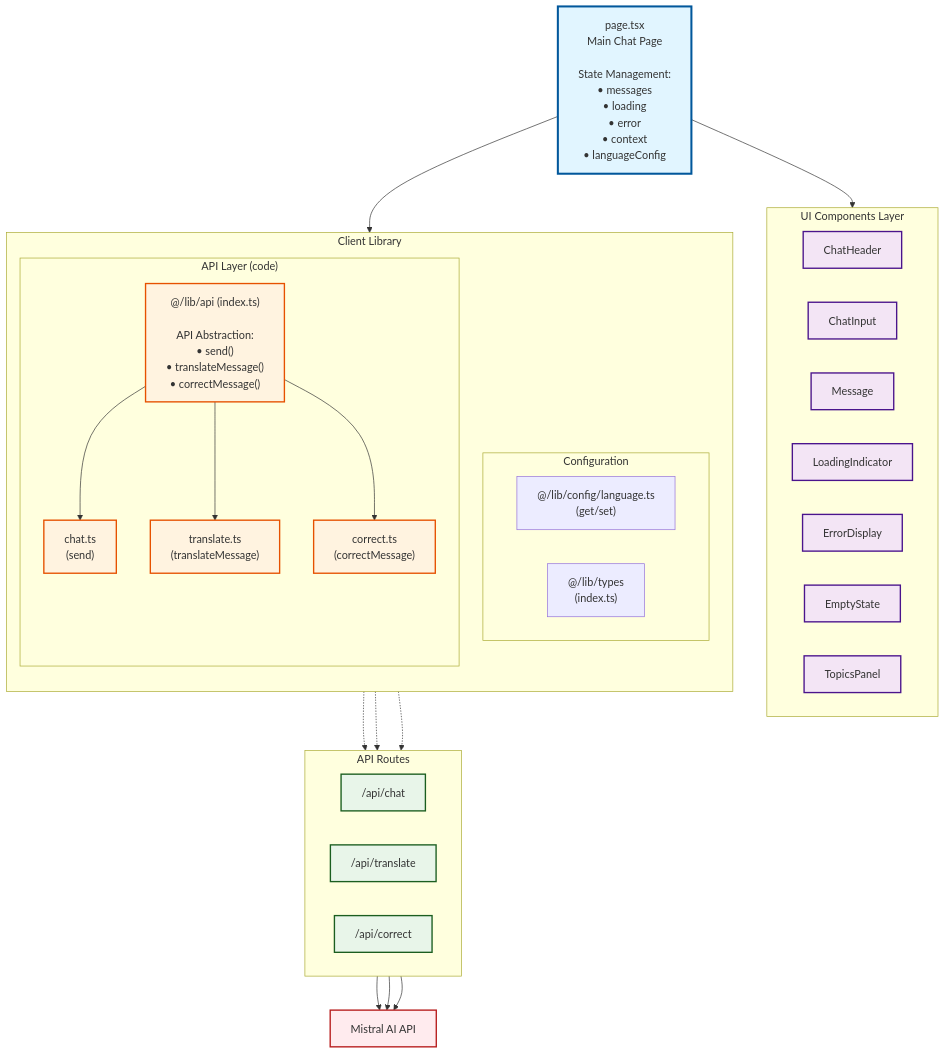
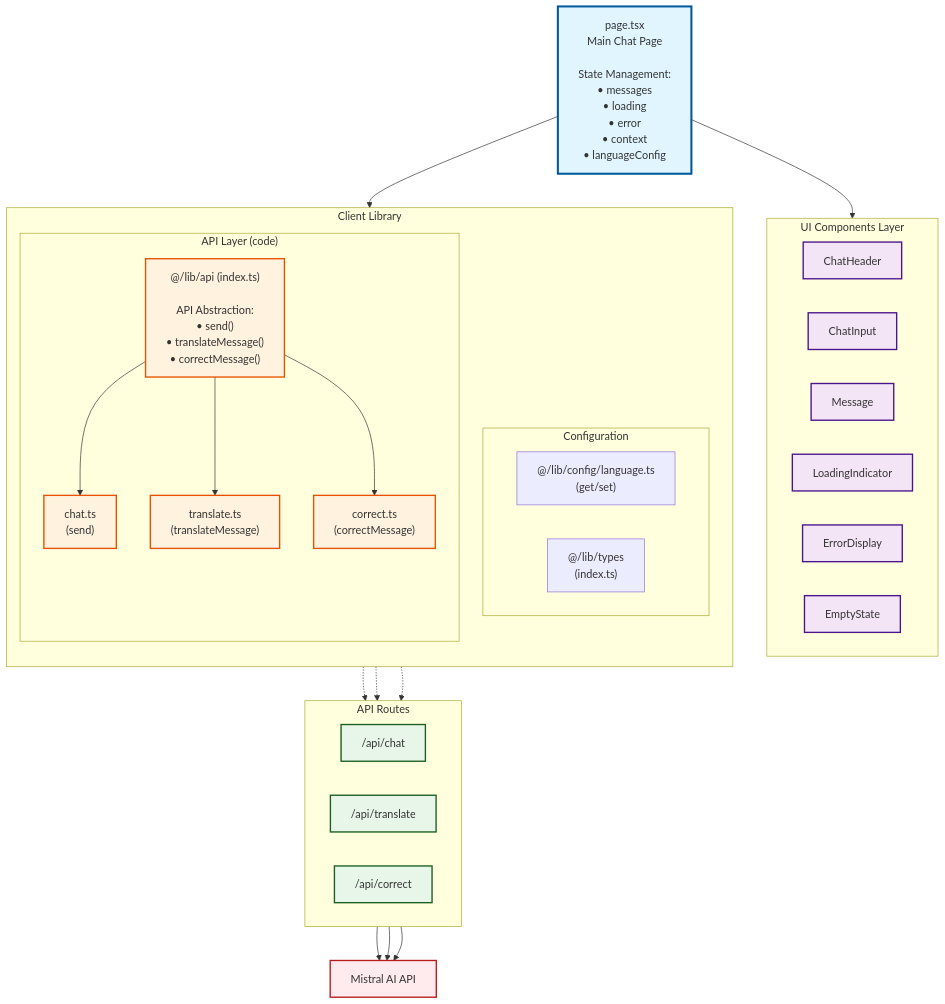
The first of 3 diagrams in README.md (Yvesei/LangBot), drawn with Mermaid before and after one commit. The commit also changed other lines of this file and 74 other files, not shown here.

````diff
--- a/README.md
+++ b/README.md
@@ -80,73 +77,72 @@
 ```mermaid
 graph TB
     %% Top Layer - Page
     Page["page.tsx<br/>Main Chat Page<br/><br/>State Management:<br/>• messages<br/>• loading<br/>• error<br/>• context<br/>• languageConfig"]
     
     %% UI Components Layer
     subgraph UI["UI Components Layer"]
         direction LR
         Header["ChatHeader"]
         Input["ChatInput"]
         Msg["Message"]
         Loading["LoadingIndicator"]
         Error["ErrorDisplay"]
         Empty["EmptyState"]
-        Topics["TopicsPanel"]
     end
     
     %% Client Library Layer
     subgraph ClientLib["Client Library"]
         direction TB
         subgraph Config["Configuration"]
             LangCfg["@/lib/config/language.ts<br/>(get/set)"]
             TypesBarrel["@/lib/types<br/>(index.ts)"]
         end
         
         subgraph API["API Layer (code)"]
             ClientBarrel["@/lib/api (index.ts)<br/><br/>API Abstraction:<br/>• send()<br/>• translateMessage()<br/>• correctMessage()"]
             ChatApi["chat.ts<br/>(send)"]
             TransApi["translate.ts<br/>(translateMessage)"]
             CorrectApi["correct.ts<br/>(correctMessage)"]
         end
     end
     
     %% API Routes Layer
     subgraph Routes["API Routes"]
         direction LR
         ChatRoute["/api/chat"]
         TransRoute["/api/translate"]
         CorrectRoute["/api/correct"]
     end
     
     %% External Services
     Mistral["Mistral AI API"]
     
     %% Connections - Top to Bottom Flow
     Page --> UI
     Page --> ClientLib
     
     ClientBarrel --> ChatApi
     ClientBarrel --> TransApi
     ClientBarrel --> CorrectApi
     
     ChatApi -.-> ChatRoute
     TransApi -.-> TransRoute
     CorrectApi -.-> CorrectRoute
     
     ChatRoute --> Mistral
     TransRoute --> Mistral
     CorrectRoute --> Mistral
     
     %% Styling
     classDef pageStyle fill:#e1f5ff,stroke:#01579b,stroke-width:3px
     classDef uiStyle fill:#f3e5f5,stroke:#4a148c,stroke-width:2px
     classDef apiStyle fill:#fff3e0,stroke:#e65100,stroke-width:2px
     classDef routeStyle fill:#e8f5e9,stroke:#1b5e20,stroke-width:2px
     classDef externalStyle fill:#ffebee,stroke:#b71c1c,stroke-width:2px
     
     class Page pageStyle
-    class Header,Input,Msg,Loading,Error,Empty,Topics uiStyle
+    class Header,Input,Msg,Loading,Error,Empty uiStyle
     class ClientBarrel,ChatApi,TransApi,CorrectApi apiStyle
     class ChatRoute,TransRoute,CorrectRoute routeStyle
     class Mistral externalStyle
 ```
````
